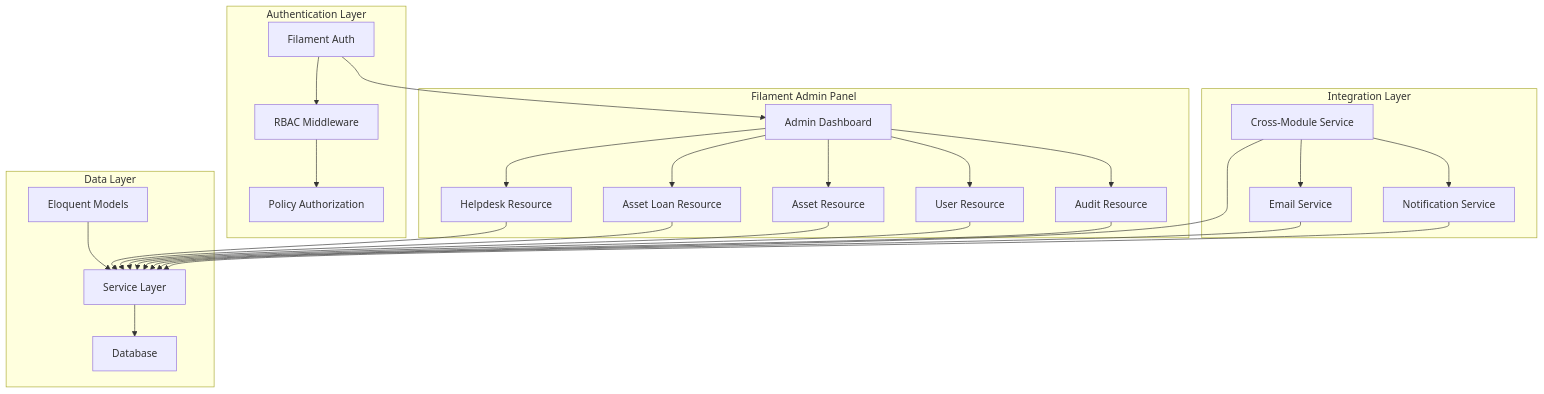
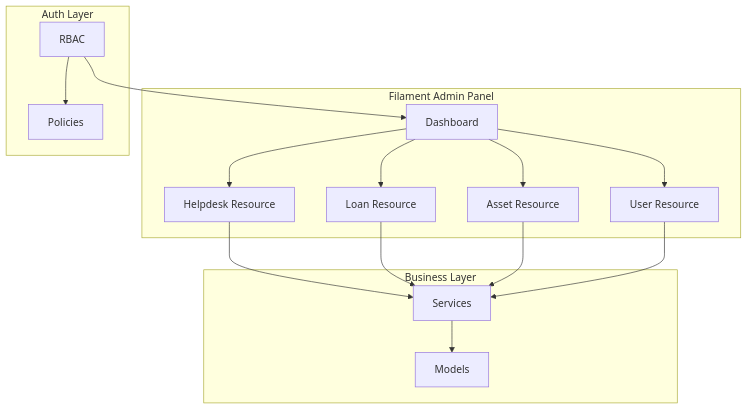
The diagram in .kiro/specs/filament-admin-access/design.md (IzzatFirdaus/ictserve-031125), drawn with Mermaid before and after one commit. The commit also changed other lines of this file and 2 other files, not shown here.

First line of the commit message:
docs(kiro): update Filament admin access specifications

````diff
--- a/.kiro/specs/filament-admin-access/design.md
+++ b/.kiro/specs/filament-admin-access/design.md
@@ -20,35 +33,23 @@
 ```mermaid
 graph TB
     subgraph "Filament Admin Panel"
-        A[Admin Dashboard] --> B[Helpdesk Resource]
-        A --> C[Asset Loan Resource]
+        A[Dashboard] --> B[Helpdesk Resource]
+        A --> C[Loan Resource]
         A --> D[Asset Resource]
         A --> E[User Resource]
-        A --> F[Audit Resource]
     end
-
-    subgraph "Authentication Layer"
-        G[Filament Auth] --> H[RBAC Middleware]
-        H --> I[Policy Authorization]
+    
+    subgraph "Auth Layer"
+        F[RBAC] --> G[Policies]
     end
-
-    subgraph "Data Layer"
-        J[Eloquent Models] --> K[Service Layer]
-        K --> L[Database]
+    
+    subgraph "Business Layer"
+        H[Services] --> I[Models]
     end
-
-    subgraph "Integration Layer"
-        M[Cross-Module Service] --> N[Email Service]
-        M --> O[Notification Service]
-    end
-
-    G --> A
-    B --> K
-    C --> K
-    D --> K
-    E --> K
-    F --> K
-    M --> K
-    N --> K
-    O --> K
+    
+    F --> A
+    B --> H
+    C --> H
+    D --> H
+    E --> H
 ```
````
